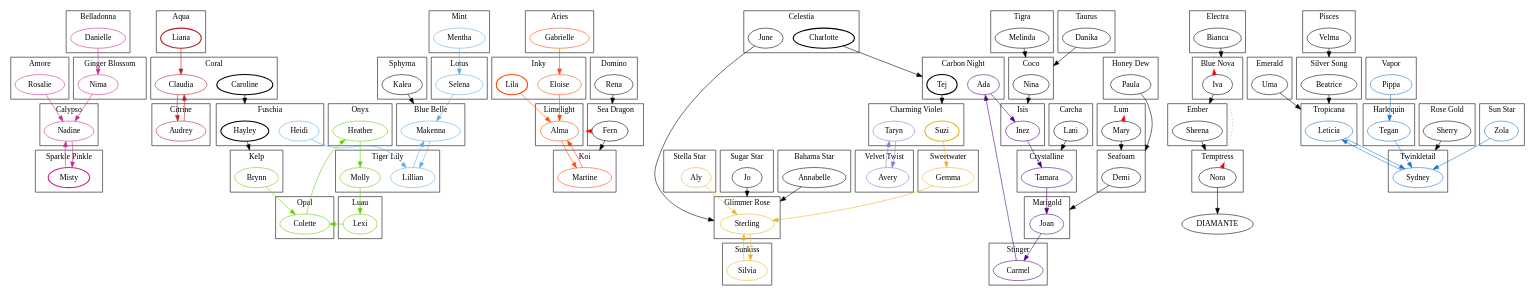
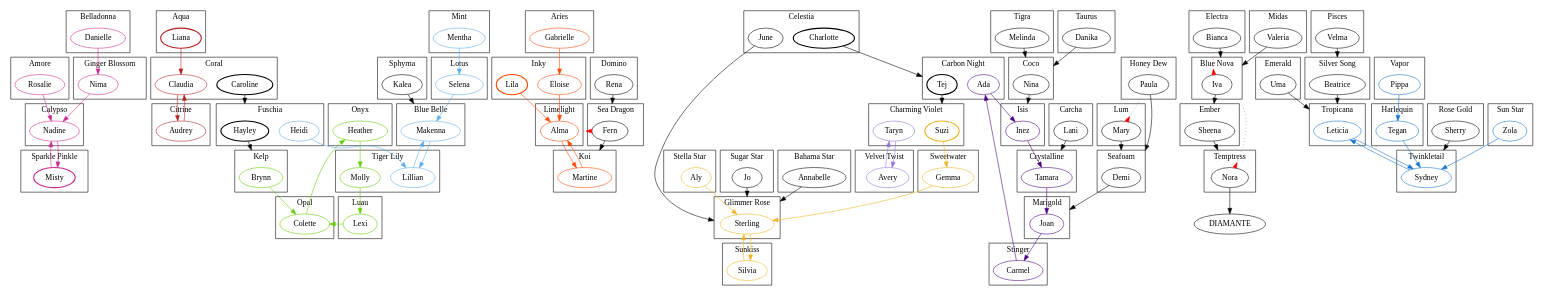
Before and after one commit to besslwalker/crowdstar-graphs: the diagram in Mermaids.dot, drawn with Graphviz.

Commit message:
Added Midas mermaid.

```diff
--- a/Mermaids.dot
+++ b/Mermaids.dot
@@ -219,6 +219,12 @@
     }
     Joan -> Carmel [color = indigo];
     
+    subgraph clusterMidas {
+        label = Midas;
+        Valeria;
+    }
+    Valeria -> Iva [lhead = clusterBlueNova];
+    
     subgraph clusterMint {
         label = Mint;
         Mentha [color = steelblue2];
```
